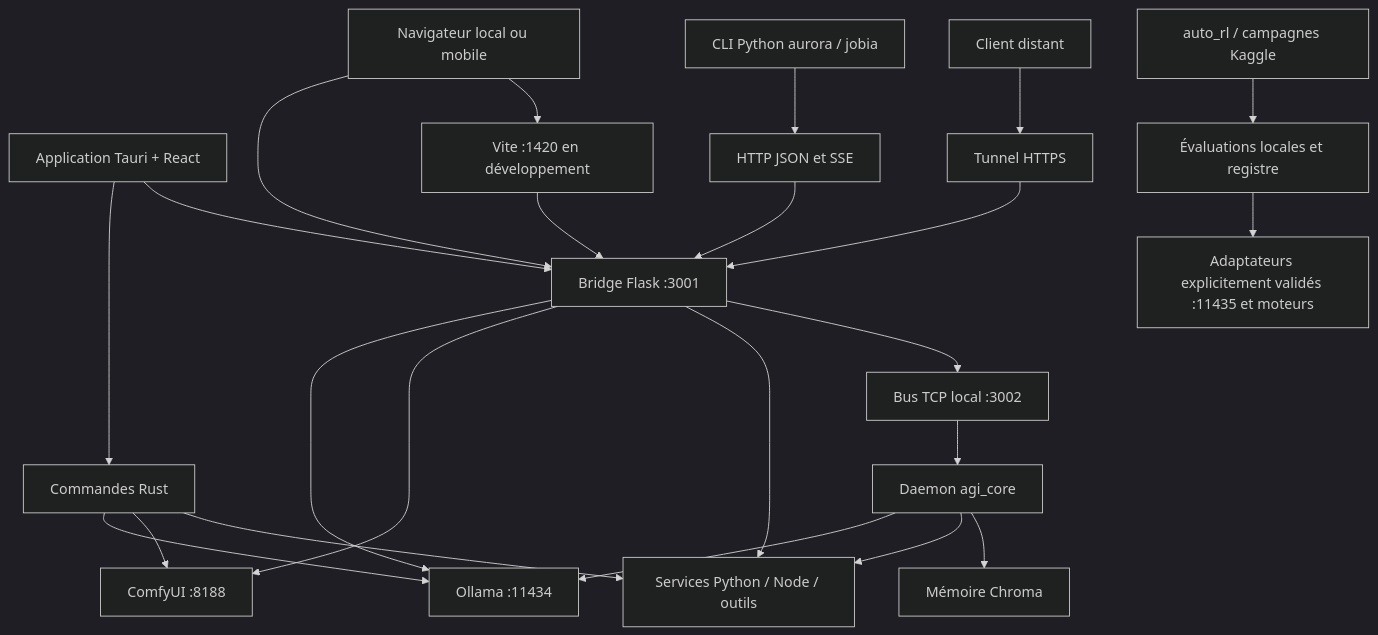
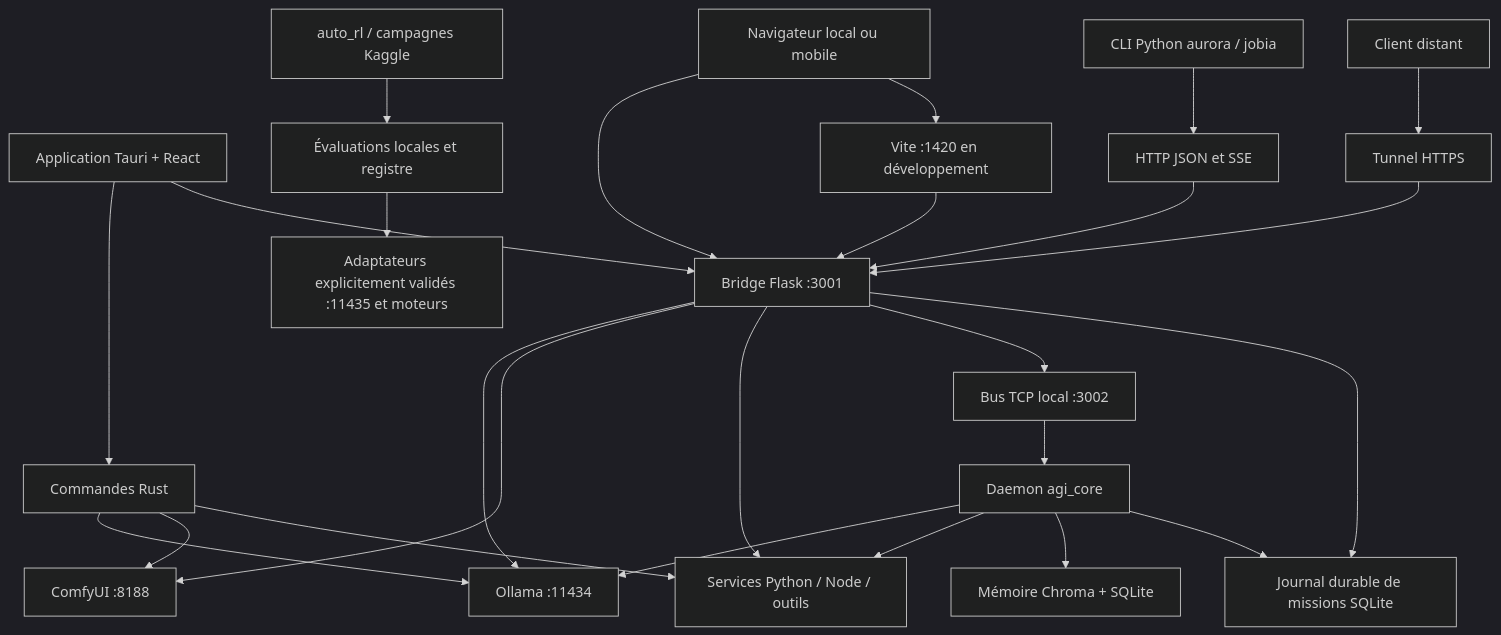
The first of 2 diagrams in ARCHITECTURE_MAITRE.md (juancodepyandc/juan-of-bike-ia-linux), drawn with Mermaid (dark theme) before and after one commit. The commit also changed other lines of this file and 19 other files, not shown here.

````diff
--- a/ARCHITECTURE_MAITRE.md
+++ b/ARCHITECTURE_MAITRE.md
@@ -78,25 +90,27 @@
 ```mermaid
 flowchart TD
   Native[Application Tauri + React] --> IPC[Commandes Rust]
   Native --> Bridge[Bridge Flask :3001]
   Web[Navigateur local ou mobile] --> Bridge
   Web --> Vite[Vite :1420 en développement]
   Vite --> Bridge
   CLI[CLI Python aurora / jobia] --> HTTP[HTTP JSON et SSE]
   HTTP --> Bridge
   Remote[Client distant] --> Tunnel[Tunnel HTTPS]
   Tunnel --> Bridge
   Bridge --> Ollama[Ollama :11434]
   Bridge --> Comfy[ComfyUI :8188]
   Bridge --> Python[Services Python / Node / outils]
   Bridge --> Bus[Bus TCP local :3002]
   Bus --> AGI[Daemon agi_core]
   AGI --> Ollama
   AGI --> Python
-  AGI --> Memory[Mémoire Chroma]
+  AGI --> Memory[Mémoire Chroma + SQLite]
+  AGI --> Journal[Journal durable de missions SQLite]
+  Bridge --> Journal
   IPC --> Ollama
   IPC --> Comfy
   IPC --> Python
   Training[auto_rl / campagnes Kaggle] --> Audits[Évaluations locales et registre]
   Audits --> Adapters[Adaptateurs explicitement validés :11435 et moteurs]
 ```
````
